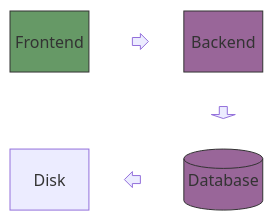
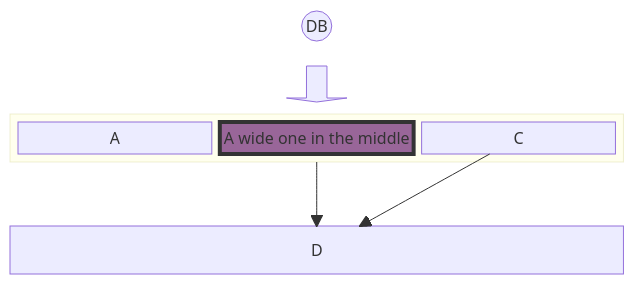
The diagram in README.md (gabyreload/tools), drawn with Mermaid before and after one commit.

````diff
--- a/README.md
+++ b/README.md
@@ -1,12 +1,16 @@
 ```mermaid
 block-beta
-  columns 3
-  Frontend blockArrowId6<[" "]>(right) Backend
-  space:2 down<[" "]>(down)
-  Disk left<[" "]>(left) Database[("Database")]
-
-  classDef front fill:#696,stroke:#333;
-  classDef back fill:#969,stroke:#333;
-  class Frontend front
-  class Backend,Database back
+columns 1
+  db(("DB"))
+  blockArrowId6<["&nbsp;&nbsp;&nbsp;"]>(down)
+  block:ID
+    A
+    B["A wide one in the middle"]
+    C
+  end
+  space
+  D
+  ID --> D
+  C --> D
+  style B fill:#969,stroke:#333,stroke-width:4px
 ```
````
